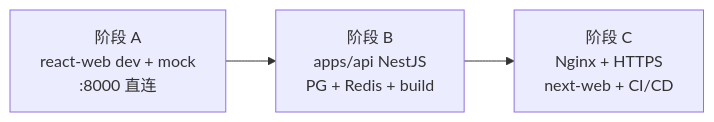
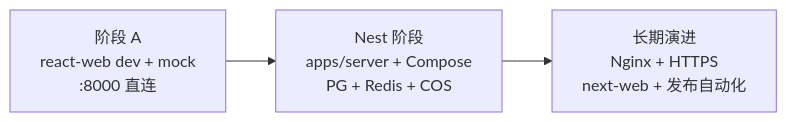
The diagram in docs/deploy/deployment-plan.md (orangejava/personal-hub), drawn with Mermaid before and after one commit. The commit also changed other lines of this file and 47 other files, not shown here.

````diff
--- a/docs/deploy/deployment-plan.md
+++ b/docs/deploy/deployment-plan.md
@@ -21,5 +42,5 @@
 ```mermaid
 flowchart LR
-    A["阶段 A<br/>react-web dev + mock<br/>:8000 直连"] --> B["阶段 B<br/>apps/api NestJS<br/>PG + Redis + build"]
-    B --> C["阶段 C<br/>Nginx + HTTPS<br/>next-web + CI/CD"]
+    A["阶段 A<br/>react-web dev + mock<br/>:8000 直连"] --> B["Nest 阶段<br/>apps/server + Compose<br/>PG + Redis + COS"]
+    B --> C["长期演进<br/>Nginx + HTTPS<br/>next-web + 发布自动化"]
 ```
````
